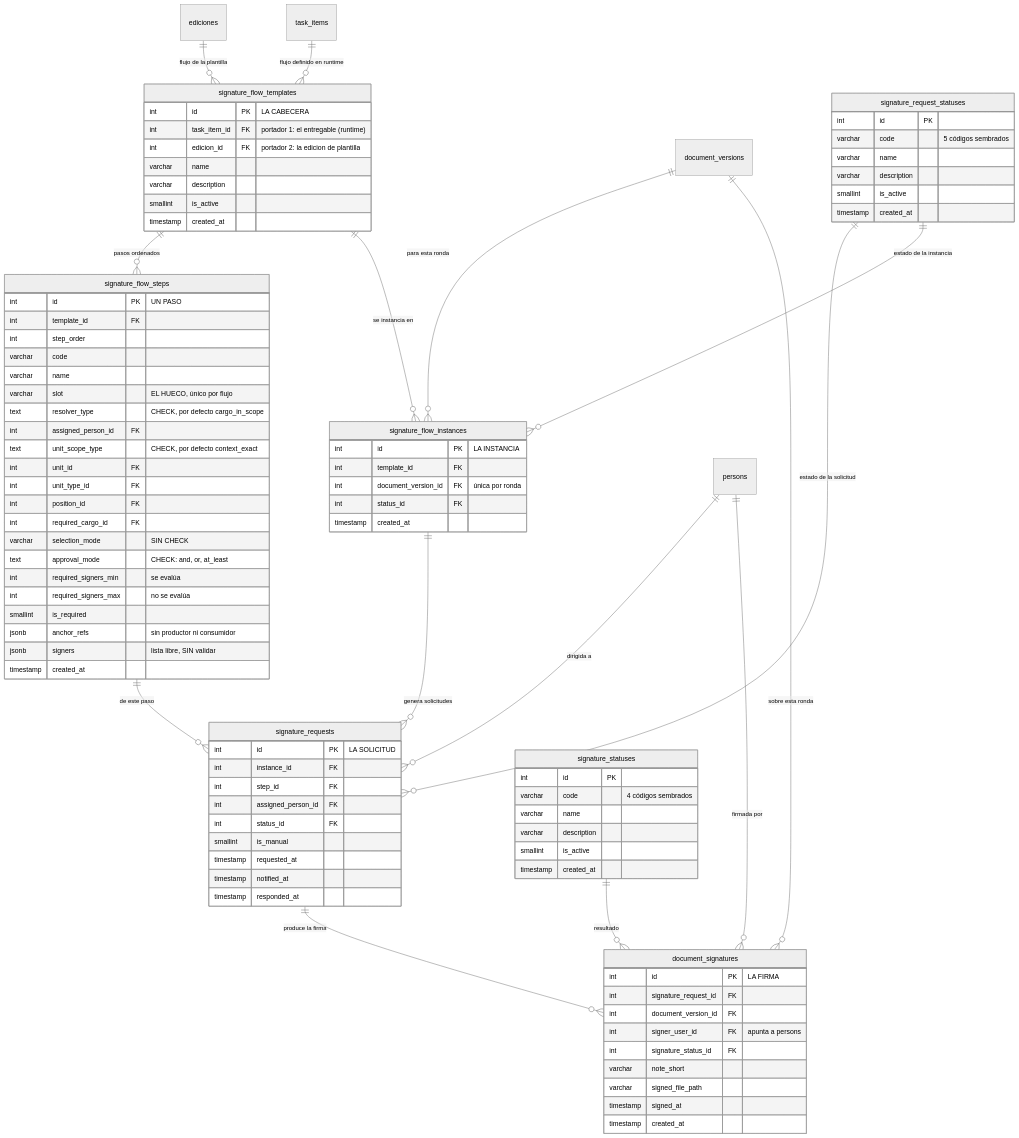
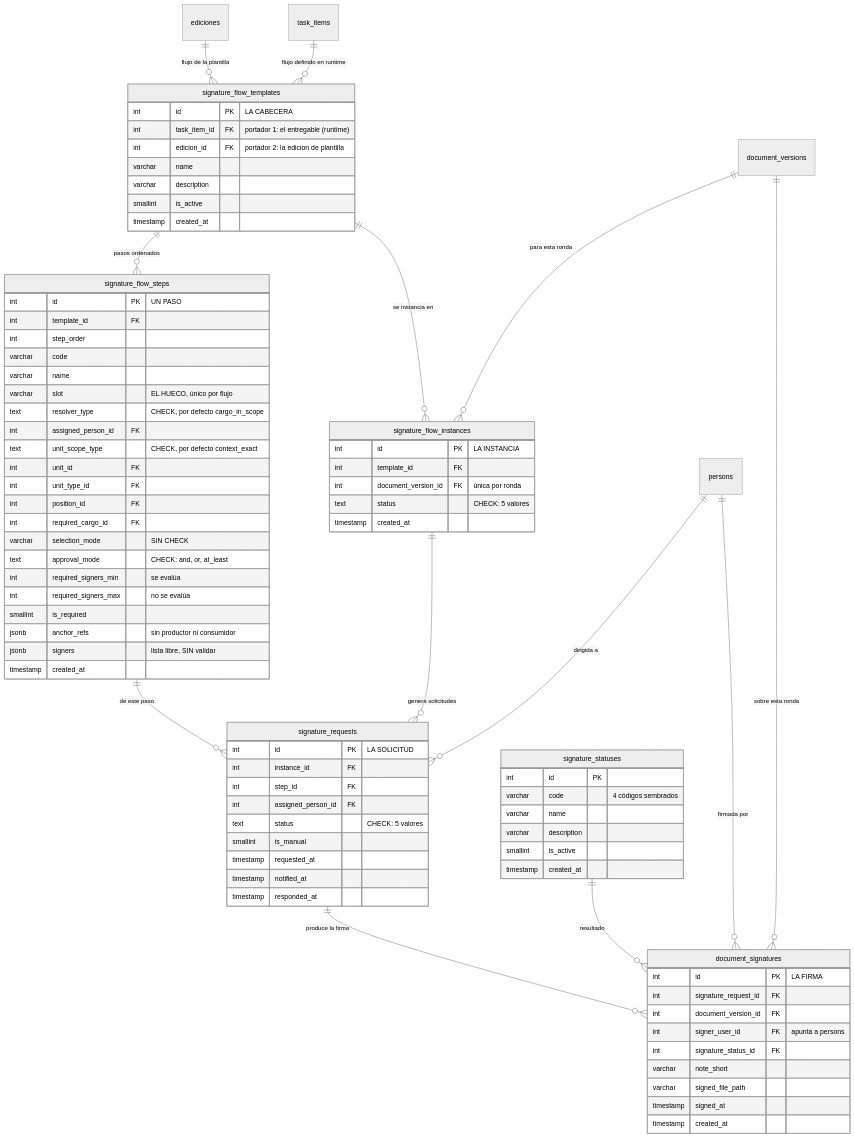
The diagram in docs/src/content/docs/modelo/flujo-de-firma.md (fresvel/deasy), drawn with Mermaid (neutral theme) before and after one commit. The commit also changed other lines of this file and 55 other files, not shown here.

```diff
--- a/docs/src/content/docs/modelo/flujo-de-firma.md
+++ b/docs/src/content/docs/modelo/flujo-de-firma.md
@@ -127,8 +132,6 @@
   signature_flow_instances ||--o{ signature_requests : "genera solicitudes"
   signature_flow_steps ||--o{ signature_requests : "de este paso"
   persons ||--o{ signature_requests : "dirigida a"
-  signature_request_statuses ||--o{ signature_requests : "estado de la solicitud"
-  signature_request_statuses ||--o{ signature_flow_instances : "estado de la instancia"
   signature_requests ||--o{ document_signatures : "produce la firma"
   document_versions ||--o{ document_signatures : "sobre esta ronda"
   persons ||--o{ document_signatures : "firmada por"
@@ -170,7 +173,7 @@
     int id PK "LA INSTANCIA"
     int template_id FK
     int document_version_id FK "única por ronda"
-    int status_id FK
+    text status "CHECK: 5 valores"
     timestamp created_at
   }
   signature_requests {
@@ -178,7 +181,7 @@
     int instance_id FK
     int step_id FK
     int assigned_person_id FK
-    int status_id FK
+    text status "CHECK: 5 valores"
     smallint is_manual
     timestamp requested_at
     timestamp notified_at
@@ -195,14 +198,6 @@
     timestamp signed_at
     timestamp created_at
   }
-  signature_request_statuses {
-    int id PK
-    varchar code "5 códigos sembrados"
-    varchar name
-    varchar description
-    smallint is_active
-    timestamp created_at
-  }
   signature_statuses {
     int id PK
     varchar code "4 códigos sembrados"
```
